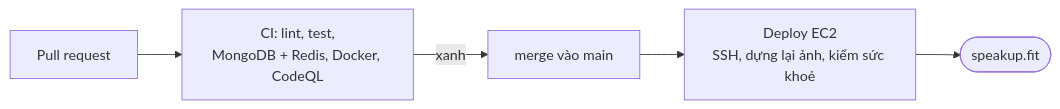
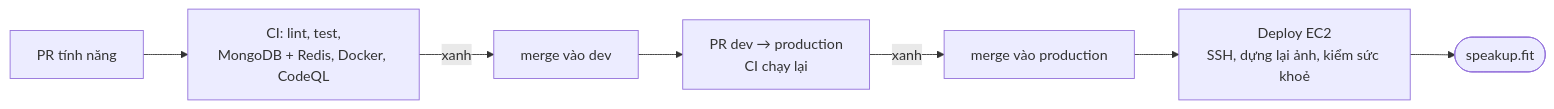
One commit to ThanhSangLouis/ai-assessor-cefr changed the second of 2 diagrams in README.md. Above: the diagram before and after it, drawn with Mermaid. The commit also changed other lines of this file and 9 other files, not shown here.

First line of the commit message:
ci: quy trình nhánh dev → production, deploy chỉ từ production (#161)

````diff
--- a/README.md
+++ b/README.md
@@ -215,7 +215,9 @@
 ```mermaid
 flowchart LR
-    PR["Pull request"] --> CI["CI: lint, test,<br/>MongoDB + Redis, Docker, CodeQL"]
-    CI -->|xanh| MAIN["merge vào main"]
-    MAIN --> DEP["Deploy EC2<br/>SSH, dựng lại ảnh, kiểm sức khoẻ"]
+    PR["PR tính năng"] --> CI["CI: lint, test,<br/>MongoDB + Redis, Docker, CodeQL"]
+    CI -->|xanh| DEV["merge vào dev"]
+    DEV --> REL["PR dev → production<br/>CI chạy lại"]
+    REL -->|xanh| PROD["merge vào production"]
+    PROD --> DEP["Deploy EC2<br/>SSH, dựng lại ảnh, kiểm sức khoẻ"]
     DEP --> LIVE(["speakup.fit"])
 ```
````
